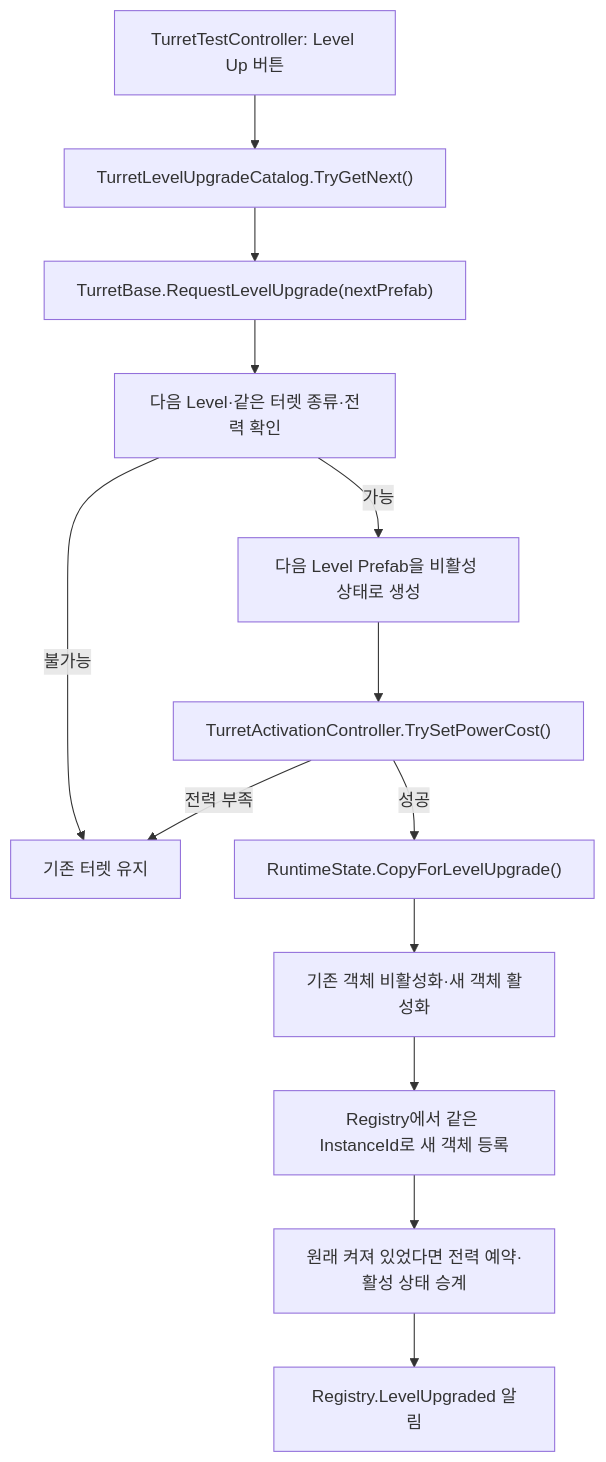
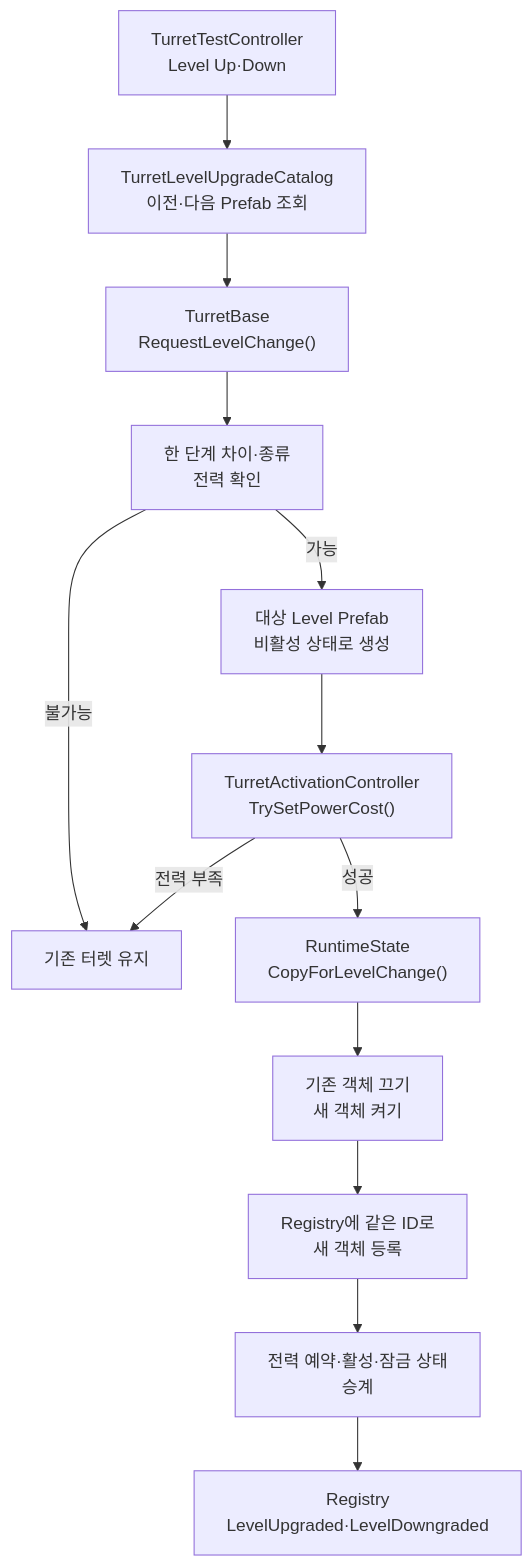
One commit to Team-HJD-21/unity-6-the-developer changed the tenth of 13 diagrams in Docs/architecture/turret-system-guide.md. Above: the diagram before and after it, drawn with Mermaid. The commit also changed other lines of this file and 74 other files, not shown here.

First line of the commit message:
feat(turret): add read-only snapshots and reversible upgrade trees (#457)

````diff
--- a/Docs/architecture/turret-system-guide.md
+++ b/Docs/architecture/turret-system-guide.md
@@ -385,15 +427,15 @@
 ```mermaid
 flowchart TD
-    UI["TurretTestController: Level Up 버튼"] --> Catalog["TurretLevelUpgradeCatalog.TryGetNext()"]
-    Catalog --> Base["TurretBase.RequestLevelUpgrade(nextPrefab)"]
-    Base --> Validate["다음 Level·같은 터렛 종류·전력 확인"]
-    Validate -->|가능| Create["다음 Level Prefab을 비활성 상태로 생성"]
+    UI["TurretTestController<br>Level Up·Down"] --> Catalog["TurretLevelUpgradeCatalog<br>이전·다음 Prefab 조회"]
+    Catalog --> Base["TurretBase<br>RequestLevelChange()"]
+    Base --> Validate["한 단계 차이·종류<br>전력 확인"]
+    Validate -->|가능| Create["대상 Level Prefab<br>비활성 상태로 생성"]
     Validate -->|불가능| Reject["기존 터렛 유지"]
-    Create --> Power["TurretActivationController.TrySetPowerCost()"]
+    Create --> Power["TurretActivationController<br>TrySetPowerCost()"]
     Power -->|전력 부족| Reject
-    Power -->|성공| Copy["RuntimeState.CopyForLevelUpgrade()"]
-    Copy --> Swap["기존 객체 비활성화·새 객체 활성화"]
-    Swap --> Registry["Registry에서 같은 InstanceId로 새 객체 등록"]
-    Registry --> Active["원래 켜져 있었다면 전력 예약·활성 상태 승계"]
-    Active --> Event["Registry.LevelUpgraded 알림"]
+    Power -->|성공| Copy["RuntimeState<br>CopyForLevelChange()"]
+    Copy --> Swap["기존 객체 끄기<br>새 객체 켜기"]
+    Swap --> Registry["Registry에 같은 ID로<br>새 객체 등록"]
+    Registry --> Active["전력 예약·활성·잠금 상태<br>승계"]
+    Active --> Event["Registry<br>LevelUpgraded·LevelDowngraded"]
 ```
````
